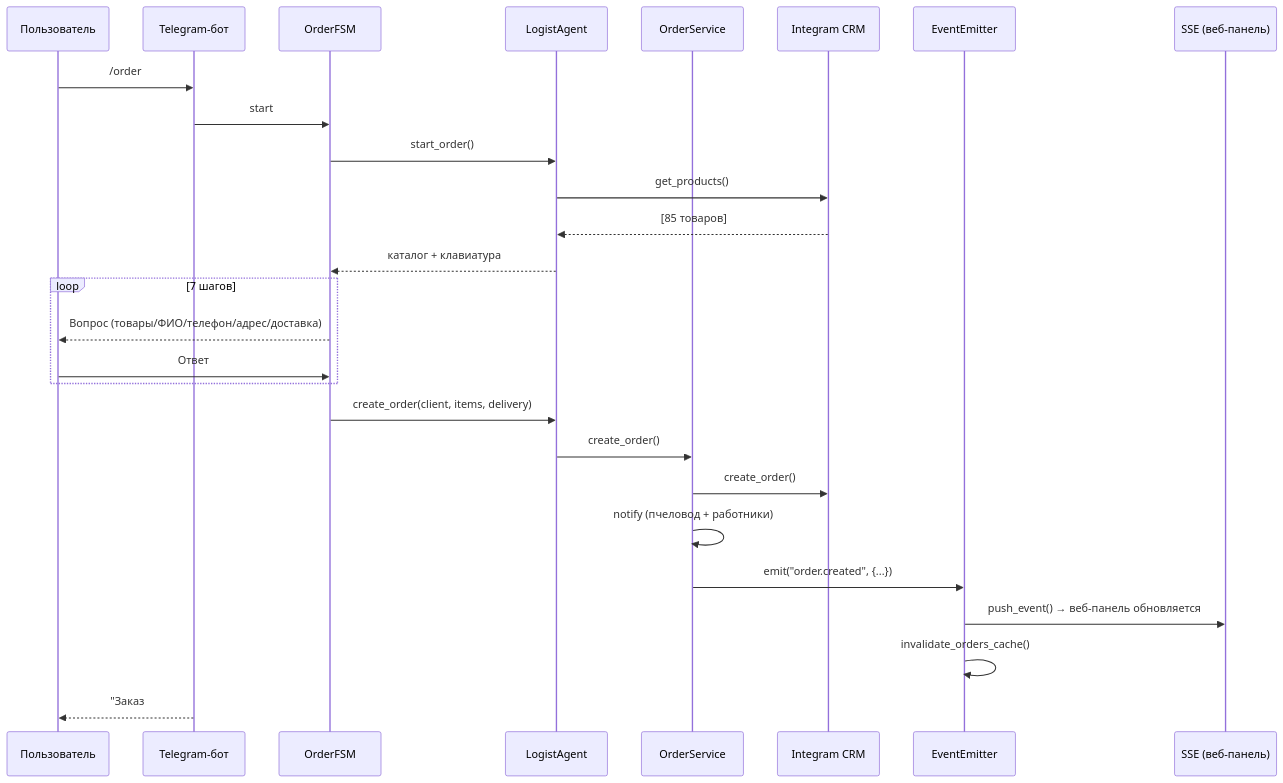
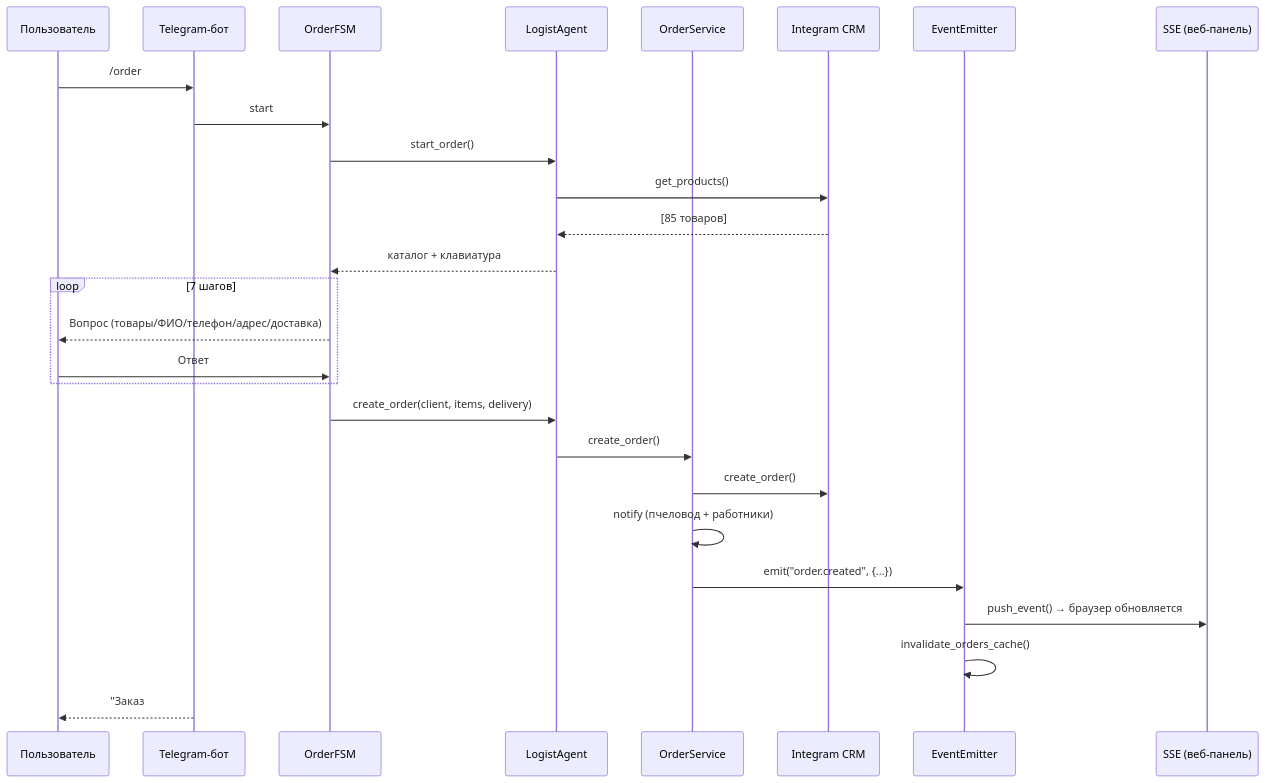
Before and after one commit to unidel2035/BEEBOT: diagram 14 of 15 in docs/architecture.md, drawn with Mermaid. The commit also changed other lines of this file, not shown here.

First line of the commit message:
docs: переписать architecture.md под unified process

````diff
--- a/docs/architecture.md
+++ b/docs/architecture.md
@@ -587,32 +576,32 @@
 ```mermaid
 sequenceDiagram
     participant User as Пользователь
     participant Bot as Telegram-бот
     participant FSM as OrderFSM
     participant Logist as LogistAgent
     participant OS as OrderService
     participant CRM as Integram CRM
     participant EE as EventEmitter
     participant SSE as SSE (веб-панель)
 
     User->>Bot: /order
     Bot->>FSM: start
     FSM->>Logist: start_order()
     Logist->>CRM: get_products()
     CRM-->>Logist: [85 товаров]
     Logist-->>FSM: каталог + клавиатура
 
     loop 7 шагов
         FSM-->>User: Вопрос (товары/ФИО/телефон/адрес/доставка)
         User->>FSM: Ответ
     end
 
     FSM->>Logist: create_order(client, items, delivery)
     Logist->>OS: create_order()
     OS->>CRM: create_order()
     OS->>OS: notify (пчеловод + работники)
     OS->>EE: emit("order.created", {...})
-    EE->>SSE: push_event() → веб-панель обновляется
+    EE->>SSE: push_event() → браузер обновляется
     EE->>EE: invalidate_orders_cache()
     Bot-->>User: "Заказ #TG-20260402 создан!"
 ```
````
